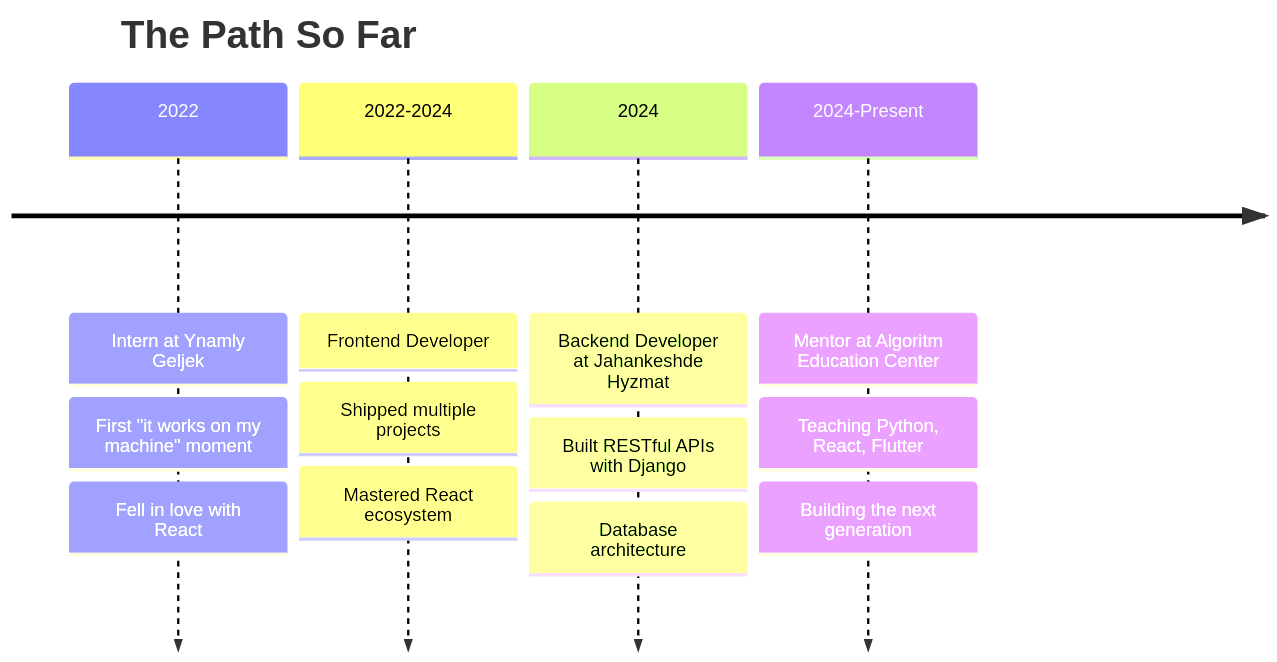
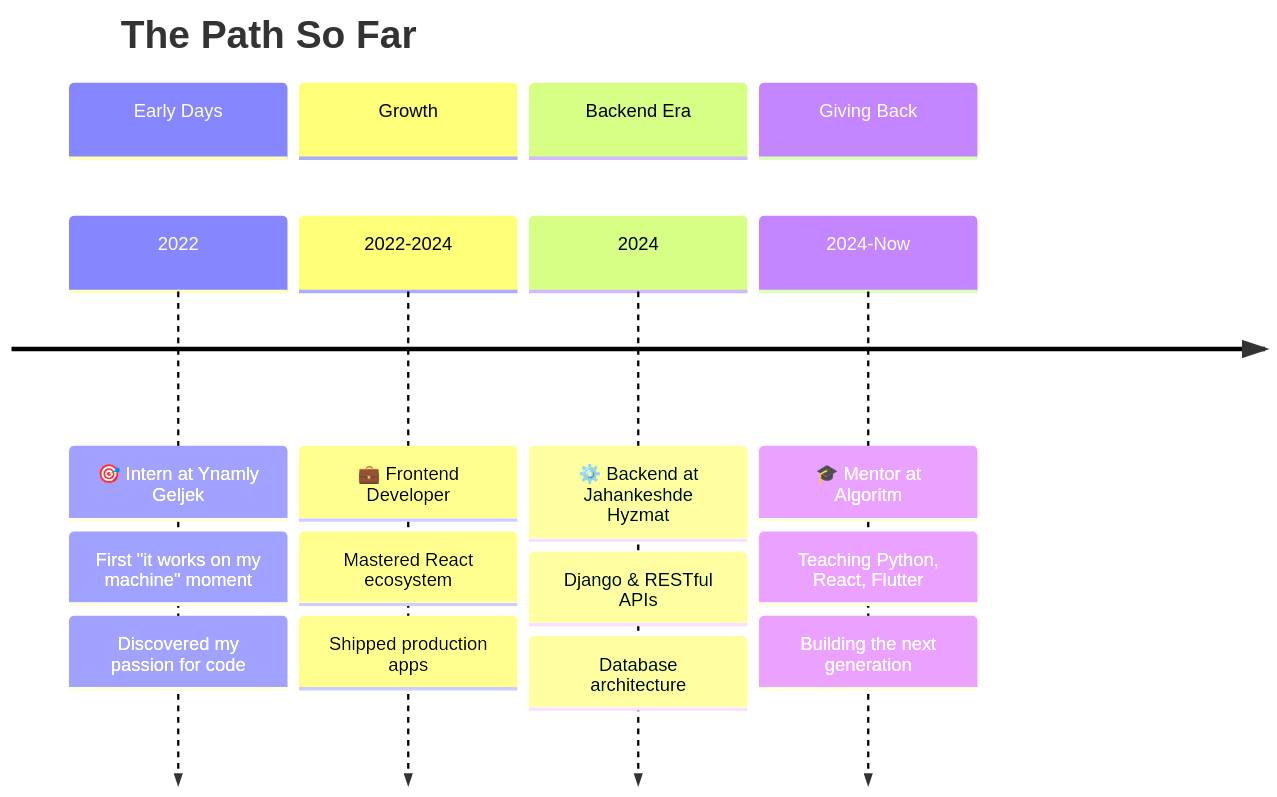
The diagram in README.md (TheSeydiCharyyev/TheSeydiCharyyev), drawn with Mermaid before and after one commit. The commit also changed other lines of this file and 2 other files, not shown here.

````diff
--- a/README.md
+++ b/README.md
@@ -153,16 +229,20 @@
 ```mermaid
 timeline
     title The Path So Far
-    2022 : Intern at Ynamly Geljek
-         : First "it works on my machine" moment
-         : Fell in love with React
-    2022-2024 : Frontend Developer
-              : Shipped multiple projects
-              : Mastered React ecosystem
-    2024 : Backend Developer at Jahankeshde Hyzmat
-         : Built RESTful APIs with Django
-         : Database architecture
-    2024-Present : Mentor at Algoritm Education Center
+    section Early Days
+        2022 : 🎯 Intern at Ynamly Geljek
+             : First "it works on my machine" moment
+             : Discovered my passion for code
+    section Growth
+        2022-2024 : 💼 Frontend Developer
+                  : Mastered React ecosystem
+                  : Shipped production apps
+    section Backend Era
+        2024 : ⚙️ Backend at Jahankeshde Hyzmat
+             : Django & RESTful APIs
+             : Database architecture
+    section Giving Back
+        2024-Now : 🎓 Mentor at Algoritm
                  : Teaching Python, React, Flutter
                  : Building the next generation
 ```
````
